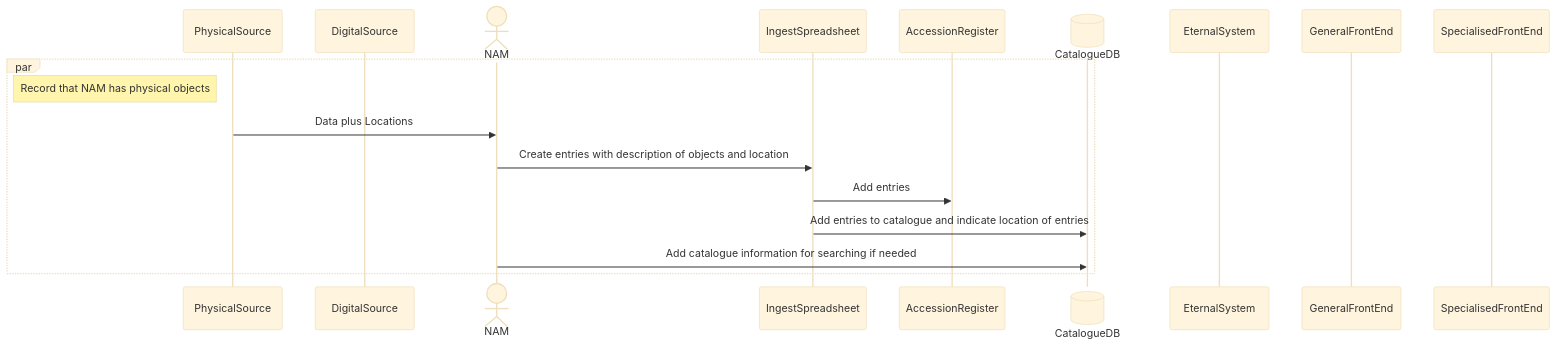
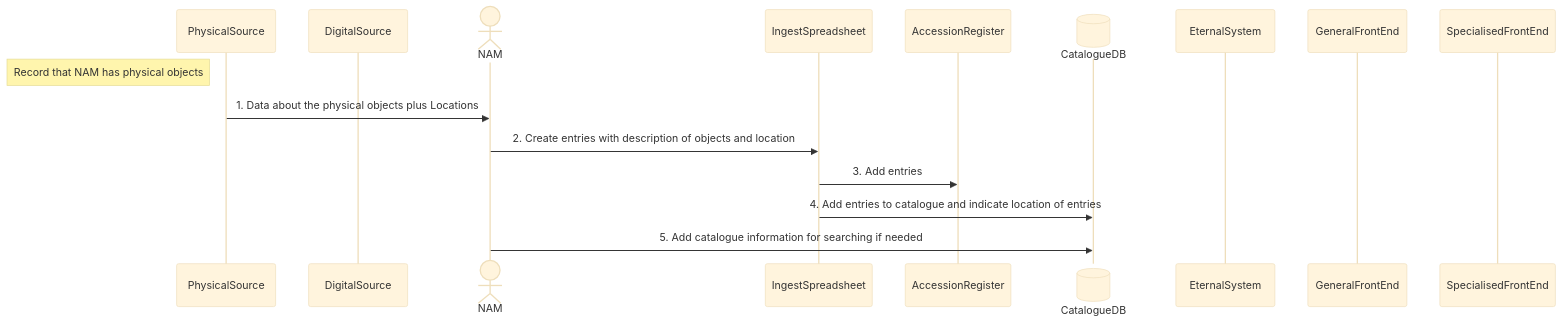
One commit to dgiaretta/NAM changed the third of 6 diagrams in README.md. Above: the diagram before and after it, drawn with Mermaid (base theme). The commit also changed other lines of this file, not shown here.

First line of the commit message:
Update README with details on physical object handling

````diff
--- a/README.md
+++ b/README.md
@@ -68,20 +75,20 @@
 ```mermaid
 sequenceDiagram
 participant PhysicalSource
 participant DigitalSource
 actor NAM
 participant IngestSpreadsheet
 participant AccessionRegister
 participant CatalogueDB@{ "type": "database" }
 participant EternalSystem
 participant GeneralFrontEnd
 participant SpecialisedFrontEnd
-par 
+ 
 Note left of PhysicalSource: Record that NAM has physical objects
-PhysicalSource->>NAM: Data plus Locations
-NAM->>IngestSpreadsheet: Create entries with description of objects and location
-IngestSpreadsheet->>AccessionRegister: Add entries 
-IngestSpreadsheet->>CatalogueDB: Add entries to catalogue and indicate location of entries
-NAM->>CatalogueDB: Add catalogue information for searching if needed
-end
+PhysicalSource->>NAM: 1. Data about the physical objects plus Locations
+NAM->>IngestSpreadsheet: 2. Create entries with description of objects and location
+IngestSpreadsheet->>AccessionRegister: 3. Add entries 
+IngestSpreadsheet->>CatalogueDB: 4. Add entries to catalogue and indicate location of entries
+NAM->>CatalogueDB: 5. Add catalogue information for searching if needed
+
 ```
````
